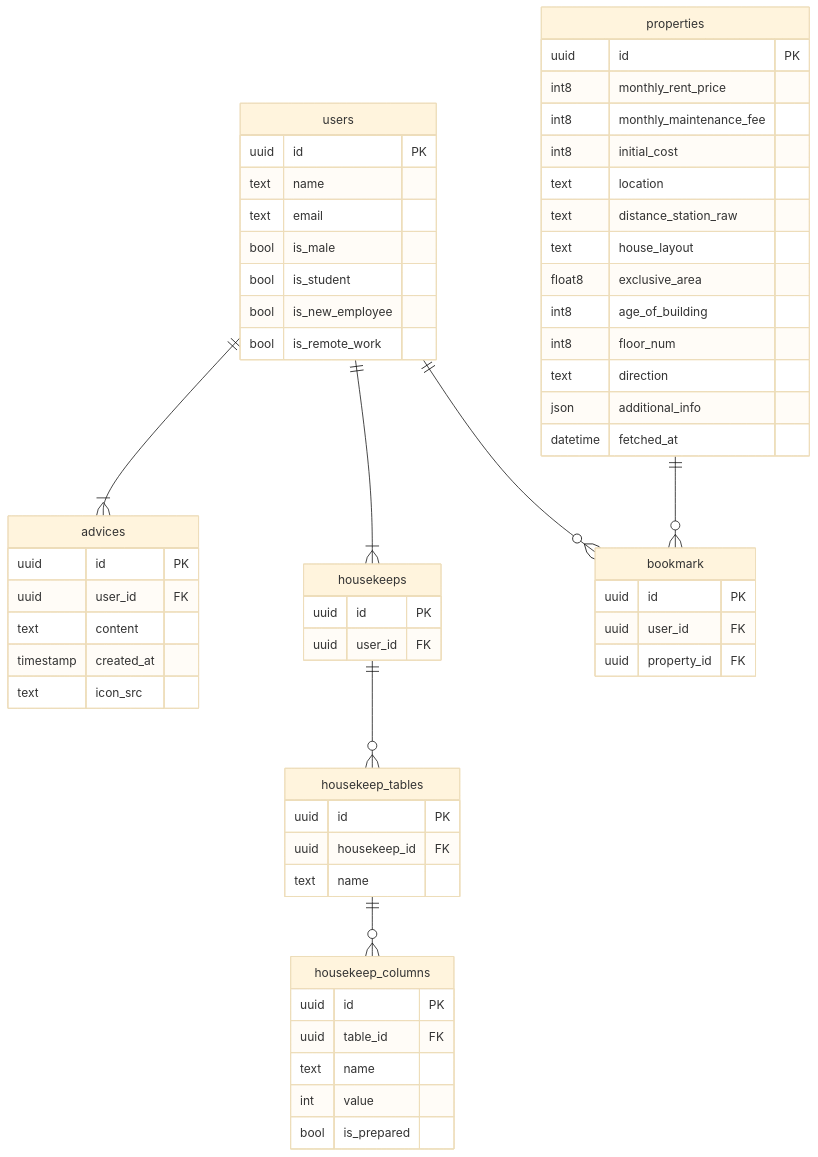
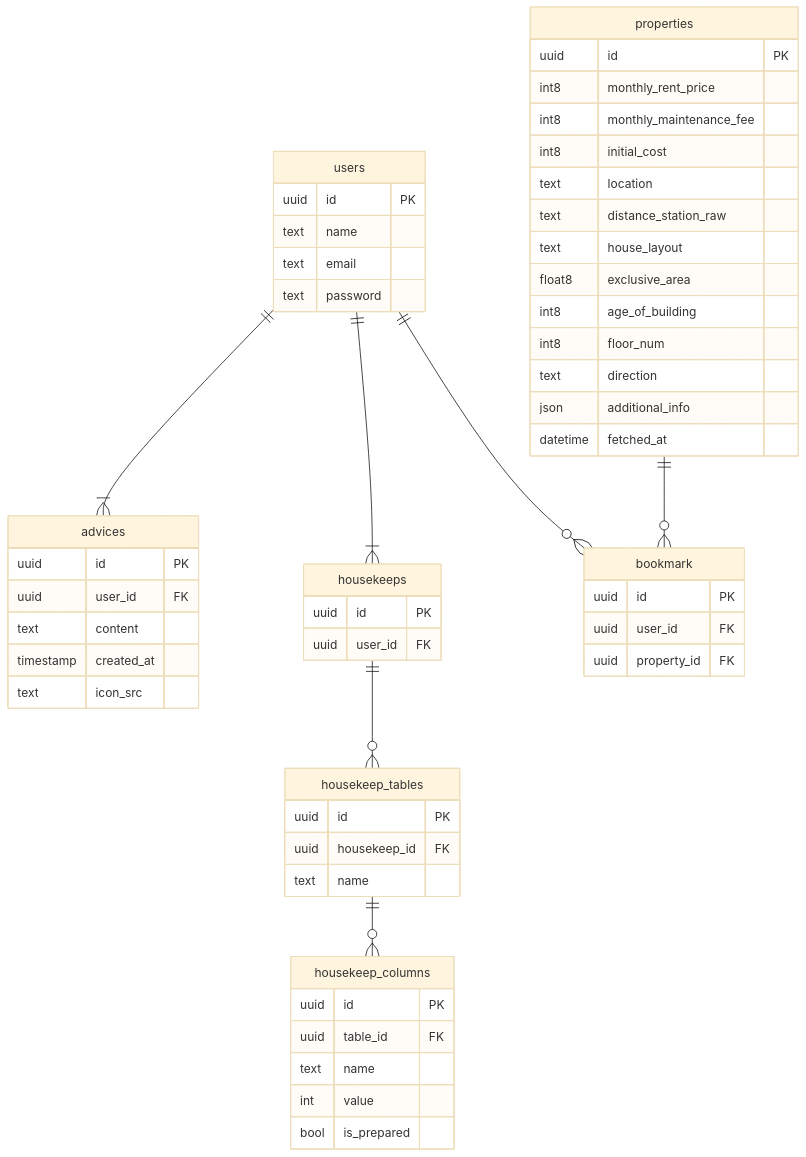
The diagram in docs/ER.md (project-hikkoshiori/hikkoshiori), drawn with Mermaid (base theme) before and after one commit. The commit also changed 3 other files, not shown here.

````diff
--- a/docs/ER.md
+++ b/docs/ER.md
@@ -1,71 +1,68 @@
 ```mermaid
 erDiagram
 
     users ||--|{ advices: ""
     users ||--|{ housekeeps: ""
     users ||--o{ bookmark: ""
     housekeeps ||--o{ housekeep_tables: ""
     housekeep_tables ||--o{ housekeep_columns: ""
     properties ||--o{ bookmark: ""
 
     users {
         uuid id PK
         text name
         text email
-        bool is_male
-        bool is_student
-        bool is_new_employee
-        bool is_remote_work
+        text password
     }
 
     advices {
         uuid id PK
         uuid user_id FK
         text content
         timestamp created_at
         text icon_src
     }
 
     housekeeps {
         uuid id PK
         uuid user_id FK
     }
 
     housekeep_tables {
         uuid id PK
         uuid housekeep_id FK
         text name
     }
 
     housekeep_columns {
         uuid id PK
         uuid table_id FK
         text name
         int value
         bool is_prepared
     }
 
 
     bookmark{
         uuid id PK
         uuid user_id FK
         uuid property_id FK
     }
 
     properties{
         uuid id PK
         int8 monthly_rent_price
         int8 monthly_maintenance_fee
         int8 initial_cost
         text location
         text distance_station_raw
         text house_layout
         float8 exclusive_area
         int8 age_of_building
         int8 floor_num
         text direction
         json additional_info
         datetime fetched_at
     }
 
 ```
````
